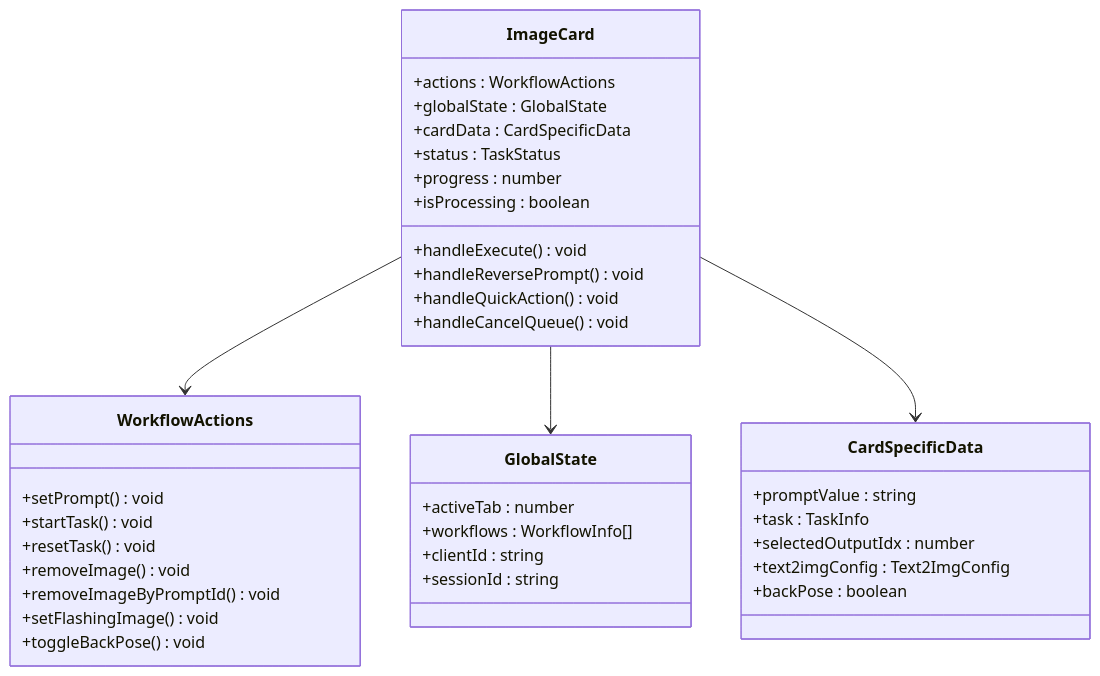
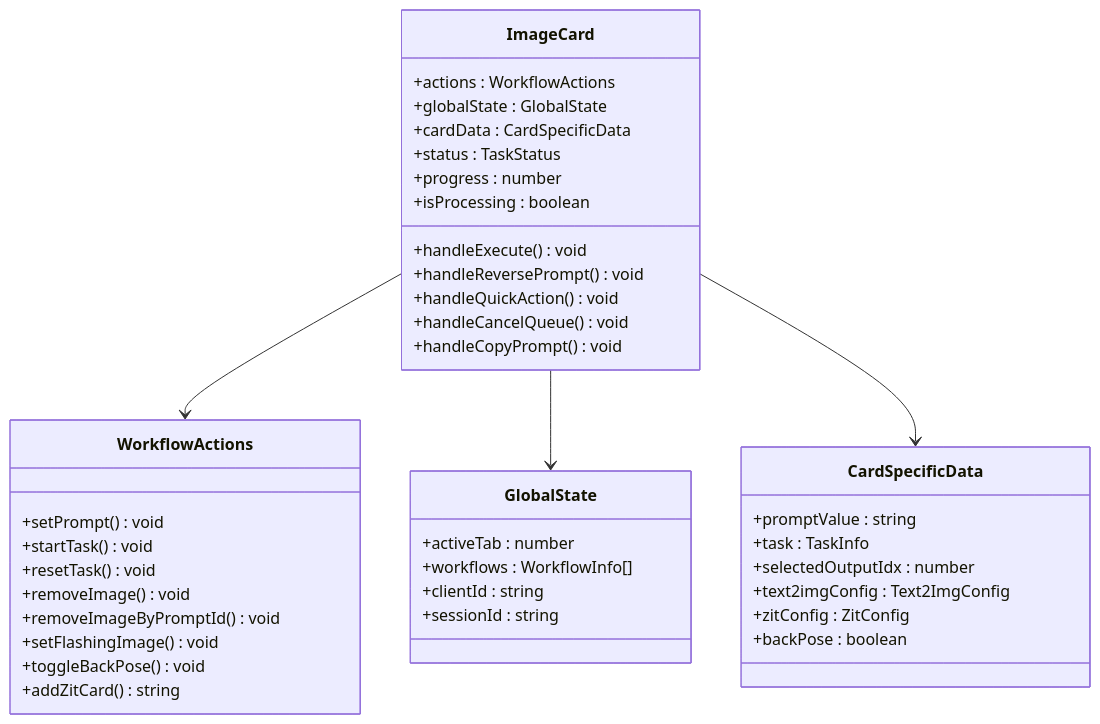
The third of 8 diagrams in .qoder/repowiki/zh/content/用户界面组件/核心界面组件/图片卡片组件 (ImageCard).md (billye220670/CorineKit_Pix2Real), drawn with Mermaid before and after one commit. The commit also changed other lines of this file and 49 other files, not shown here.

````diff
--- a/.qoder/repowiki/zh/content/用户界面组件/核心界面组件/图片卡片组件 (ImageCard).md
+++ b/.qoder/repowiki/zh/content/用户界面组件/核心界面组件/图片卡片组件 (ImageCard).md
@@ -158,40 +184,43 @@
 ```mermaid
 classDiagram
 class ImageCard {
 +actions : WorkflowActions
 +globalState : GlobalState
 +cardData : CardSpecificData
 +status : TaskStatus
 +progress : number
 +isProcessing : boolean
 +handleExecute() void
 +handleReversePrompt() void
 +handleQuickAction() void
 +handleCancelQueue() void
++handleCopyPrompt() void
 }
 class WorkflowActions {
 +setPrompt() void
 +startTask() void
 +resetTask() void
 +removeImage() void
 +removeImageByPromptId() void
 +setFlashingImage() void
 +toggleBackPose() void
++addZitCard() string
 }
 class GlobalState {
 +activeTab : number
 +workflows : WorkflowInfo[]
 +clientId : string
 +sessionId : string
 }
 class CardSpecificData {
 +promptValue : string
 +task : TaskInfo
 +selectedOutputIdx : number
 +text2imgConfig : Text2ImgConfig
++zitConfig : ZitConfig
 +backPose : boolean
 }
 ImageCard --> WorkflowActions
 ImageCard --> GlobalState
 ImageCard --> CardSpecificData
 ```
````
